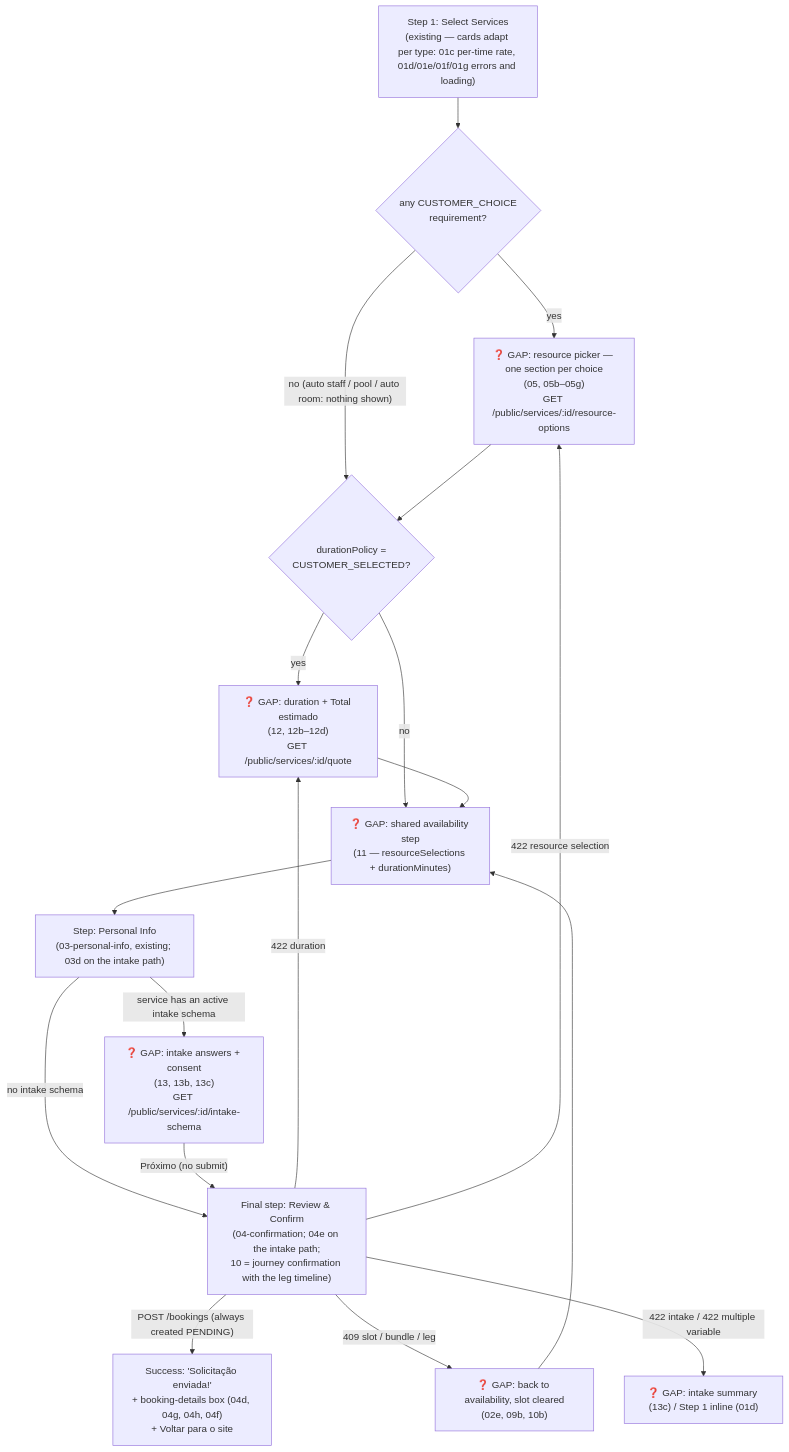
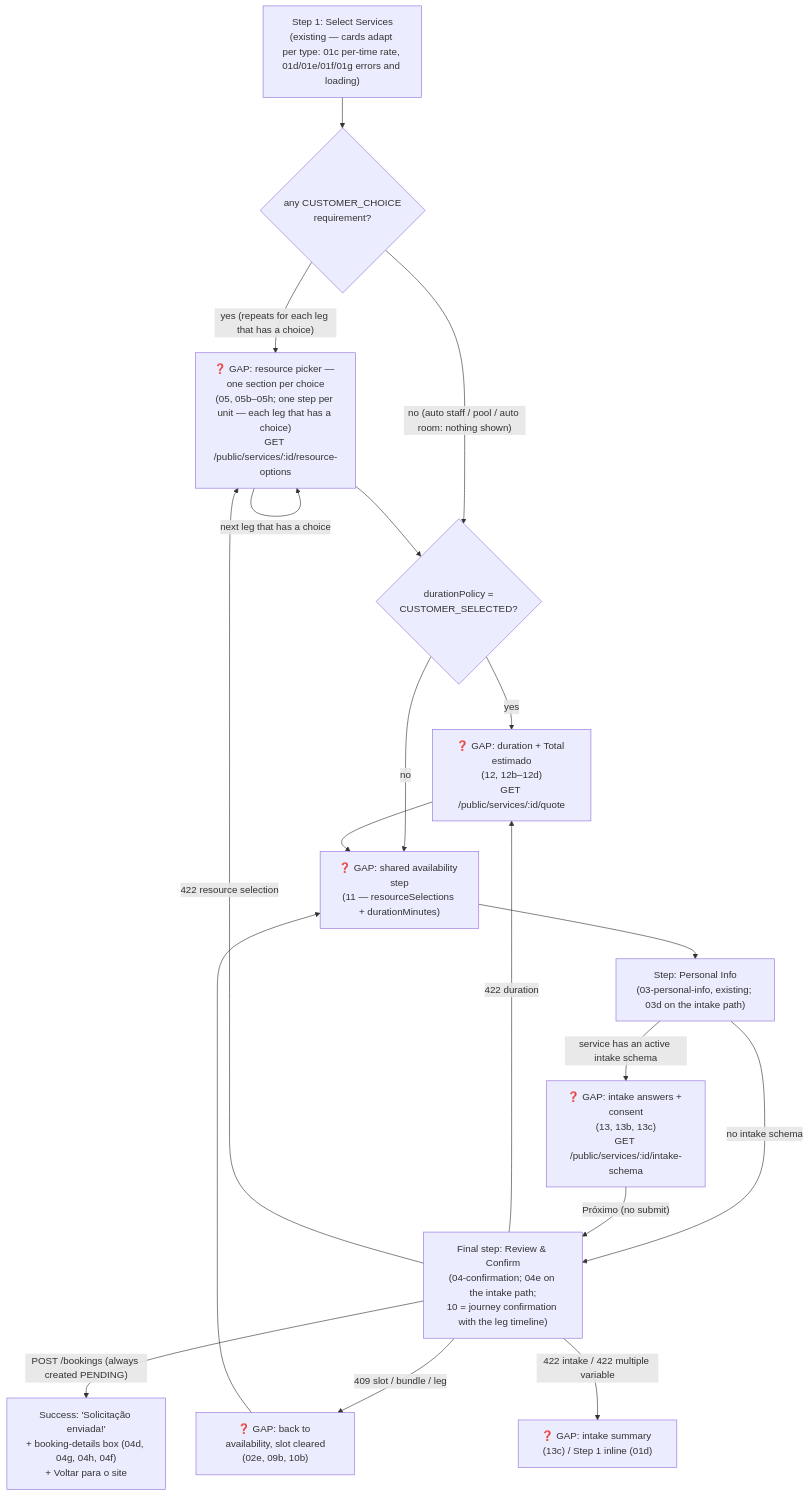
One commit to lmmoreira/ikaro changed the second of 2 diagrams in plan/journey/guest/book-a-service.md. Above: the diagram before and after it, drawn with Mermaid. The commit also changed other lines of this file and 16 other files, not shown here.

First line of the commit message:
docs(journey): picker is one step per unit - one full picker step per leg that has a choice (M23-S11a)

````diff
--- a/plan/journey/guest/book-a-service.md
+++ b/plan/journey/guest/book-a-service.md
@@ -59,23 +59,24 @@
 ```mermaid
 flowchart TD
     classDef gap stroke:#f00,stroke-dasharray: 5 5,fill:#fee
 
     S1b["Step 1: Select Services<br/>(existing — cards adapt per type: 01c per-time rate, 01d/01e/01f/01g errors and loading)"] --> HasChoice{"any CUSTOMER_CHOICE<br/>requirement?"}
-    HasChoice -- "yes" --> Picker["❓ GAP: resource picker — one section per choice<br/>(05, 05b–05g)<br/>GET /public/services/:id/resource-options"]
+    HasChoice -- "yes (repeats for each leg that has a choice)" --> Picker["❓ GAP: resource picker — one section per choice<br/>(05, 05b–05h; one step per unit — each leg that has a choice)<br/>GET /public/services/:id/resource-options"]
     HasChoice -- "no (auto staff / pool / auto room: nothing shown)" --> HasDuration
+    Picker -->|"next leg that has a choice"| Picker
     Picker --> HasDuration{"durationPolicy =<br/>CUSTOMER_SELECTED?"}
     HasDuration -- "yes" --> Duration["❓ GAP: duration + Total estimado<br/>(12, 12b–12d)<br/>GET /public/services/:id/quote"]
     HasDuration -- "no" --> Availability
     Duration --> Availability["❓ GAP: shared availability step<br/>(11 — resourceSelections + durationMinutes)"]
 
     Availability --> S3m["Step: Personal Info<br/>(03-personal-info, existing; 03d on the intake path)"]
     S3m -->|"service has an active intake schema"| Intake["❓ GAP: intake answers + consent<br/>(13, 13b, 13c)<br/>GET /public/services/:id/intake-schema"]
     S3m -->|"no intake schema"| Confirm
     Intake -->|"Próximo (no submit)"| Confirm["Final step: Review & Confirm<br/>(04-confirmation; 04e on the intake path;<br/>10 = journey confirmation with the leg timeline)"]
     Confirm -->|"POST /bookings (always created PENDING)"| Done["Success: 'Solicitação enviada!'<br/>+ booking-details box (04d, 04g, 04h, 04f)<br/>+ Voltar para o site"]
     Confirm -->|"409 slot / bundle / leg"| BackAvail["❓ GAP: back to availability, slot cleared<br/>(02e, 09b, 10b)"]
     Confirm -->|"422 duration"| Duration
     Confirm -->|"422 resource selection"| Picker
     Confirm -->|"422 intake / 422 multiple variable"| Errors["❓ GAP: intake summary (13c) / Step 1 inline (01d)"]
     BackAvail --> Availability
 ```
````
